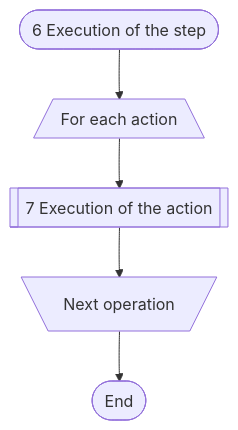
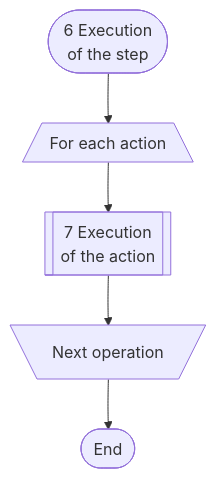
One commit to savushkin-r-d/ptusa_main changed the sixth of 7 diagrams in readme.md. Above: the diagram before and after it, drawn with Mermaid. The commit also changed other lines of this file, not shown here.

Commit message:
Edit diagrams forms.

````diff
--- a/readme.md
+++ b/readme.md
@@ -124,10 +131,10 @@
 ``` mermaid
 
 flowchart TD
 
-    A([6 Execution of the step]) --> B[/For each step\]
+    A([6 Execution <br/> of the step]) --> B[/For each step\]
     B[/For each action\] --> C[[7 Execution of the action]]
-    C[[7 Execution of the action]] --> D[\Next action/]
+    C[[7 Execution <br/> of the action]] --> D[\Next action/]
     D[\Next operation/] --> E([End])
 
 ```
````
